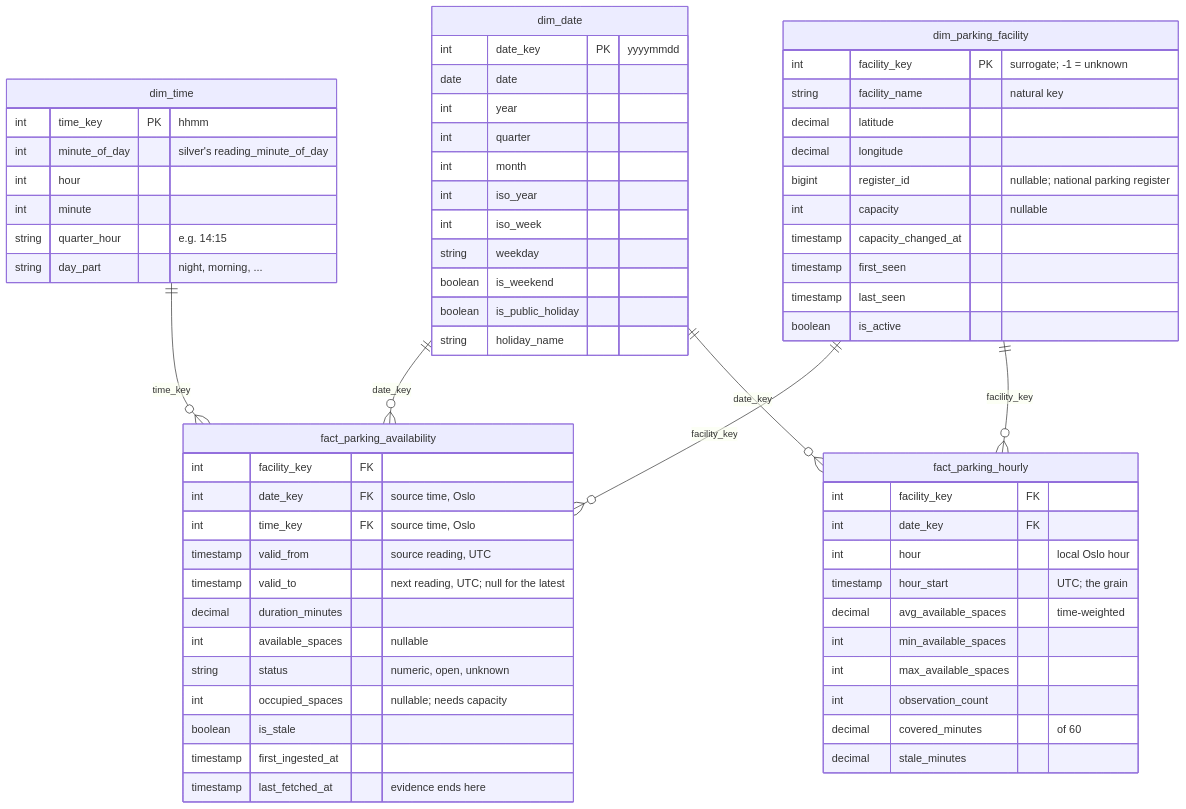
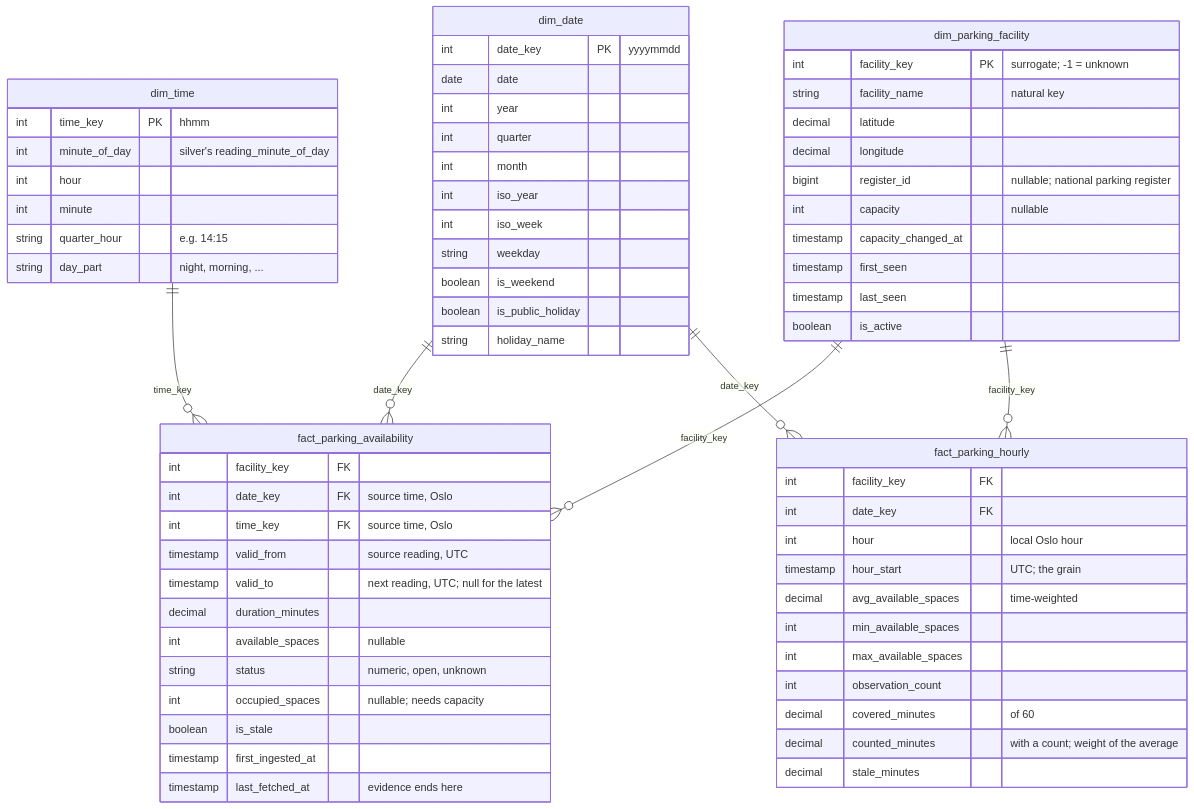
Before and after one commit to VirtueMe/stavangerparking: the third of 3 diagrams in docs/architecture.md, drawn with Mermaid. The commit also changed 37 other files, not shown here.

````diff
--- a/docs/architecture.md
+++ b/docs/architecture.md
@@ -96,72 +96,73 @@
 ```mermaid
 erDiagram
     dim_date ||--o{ fact_parking_availability : "date_key"
     dim_time ||--o{ fact_parking_availability : "time_key"
     dim_parking_facility ||--o{ fact_parking_availability : "facility_key"
     dim_date ||--o{ fact_parking_hourly : "date_key"
     dim_parking_facility ||--o{ fact_parking_hourly : "facility_key"
 
     dim_date {
         int date_key PK "yyyymmdd"
         date date
         int year
         int quarter
         int month
         int iso_year
         int iso_week
         string weekday
         boolean is_weekend
         boolean is_public_holiday
         string holiday_name
     }
 
     dim_time {
         int time_key PK "hhmm"
         int minute_of_day "silver's reading_minute_of_day"
         int hour
         int minute
         string quarter_hour "e.g. 14:15"
         string day_part "night, morning, ..."
     }
 
     dim_parking_facility {
         int facility_key PK "surrogate; -1 = unknown"
         string facility_name "natural key"
         decimal latitude
         decimal longitude
         bigint register_id "nullable; national parking register"
         int capacity "nullable"
         timestamp capacity_changed_at
         timestamp first_seen
         timestamp last_seen
         boolean is_active
     }
 
     fact_parking_availability {
         int facility_key FK
         int date_key FK "source time, Oslo"
         int time_key FK "source time, Oslo"
         timestamp valid_from "source reading, UTC"
         timestamp valid_to "next reading, UTC; null for the latest"
         decimal duration_minutes
         int available_spaces "nullable"
         string status "numeric, open, unknown"
         int occupied_spaces "nullable; needs capacity"
         boolean is_stale
         timestamp first_ingested_at
         timestamp last_fetched_at "evidence ends here"
     }
 
     fact_parking_hourly {
         int facility_key FK
         int date_key FK
         int hour "local Oslo hour"
         timestamp hour_start "UTC; the grain"
         decimal avg_available_spaces "time-weighted"
         int min_available_spaces
         int max_available_spaces
         int observation_count
         decimal covered_minutes "of 60"
+        decimal counted_minutes "with a count; weight of the average"
         decimal stale_minutes
     }
 ```
````
